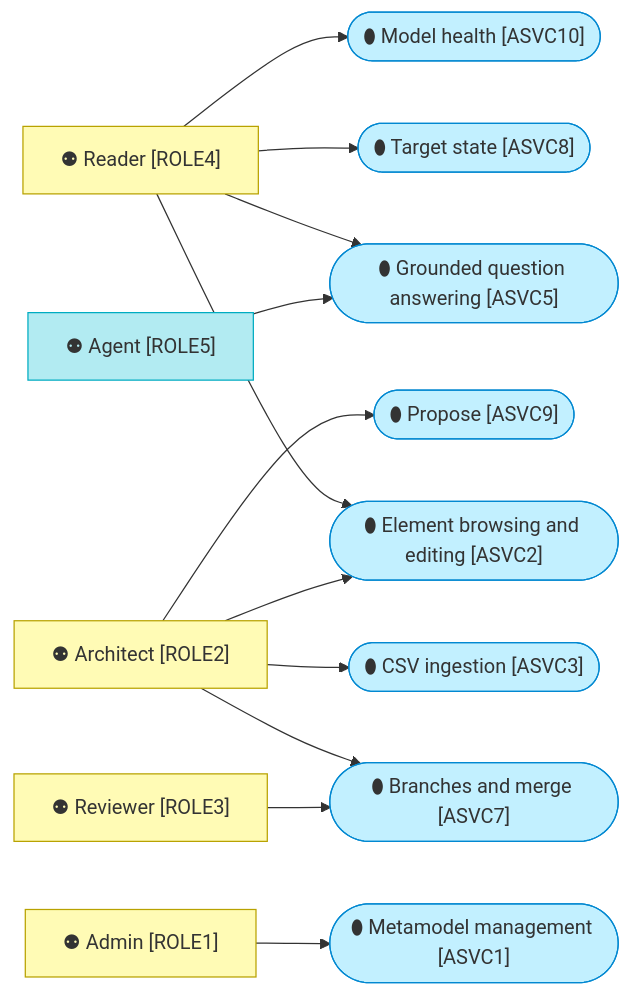
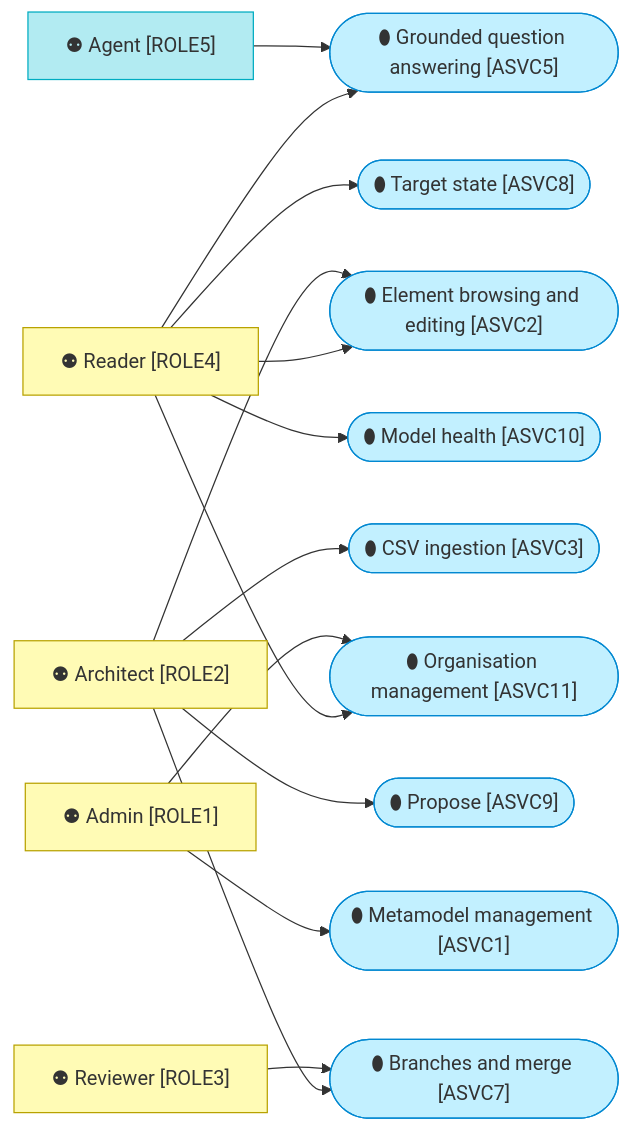
Before and after one commit to roanboc/dbx-enterprise-architecture: the second of 4 diagrams in architecture/4_application/1_application-services.md, drawn with Mermaid. The commit also changed other lines of this file and 91 other files, not shown here.

````diff
--- a/architecture/4_application/1_application-services.md
+++ b/architecture/4_application/1_application-services.md
@@ -27,31 +27,34 @@
 ```mermaid
 flowchart LR
   reader["⚉ Reader [ROLE4]"]:::business
   arch["⚉ Architect [ROLE2]"]:::business
   rev["⚉ Reviewer [ROLE3]"]:::business
   admin["⚉ Admin [ROLE1]"]:::business
   agent["⚉ Agent [ROLE5]"]:::ai
   s1(["⬮ Metamodel management [ASVC1]"]):::application
   s2(["⬮ Element browsing and editing [ASVC2]"]):::application
   s3(["⬮ CSV ingestion [ASVC3]"]):::application
   s5(["⬮ Grounded question answering [ASVC5]"]):::application
   s7(["⬮ Branches and merge [ASVC7]"]):::application
   s8(["⬮ Target state [ASVC8]"]):::application
   s9(["⬮ Propose [ASVC9]"]):::application
   s10(["⬮ Model health [ASVC10]"]):::application
+  s11(["⬮ Organisation management [ASVC11]"]):::application
   reader --> s2
   reader --> s5
   reader --> s8
   reader --> s10
+  reader --> s11
   arch --> s2
   arch --> s3
   arch --> s7
   arch --> s9
   rev --> s7
   admin --> s1
+  admin --> s11
   agent --> s5
 
   classDef business fill:#fffbb5,stroke:#b8a200,color:#333
   classDef application fill:#c2f0ff,stroke:#0288d1,color:#333
   classDef ai fill:#b2ebf2,stroke:#00acc1,color:#333
 ```
````
